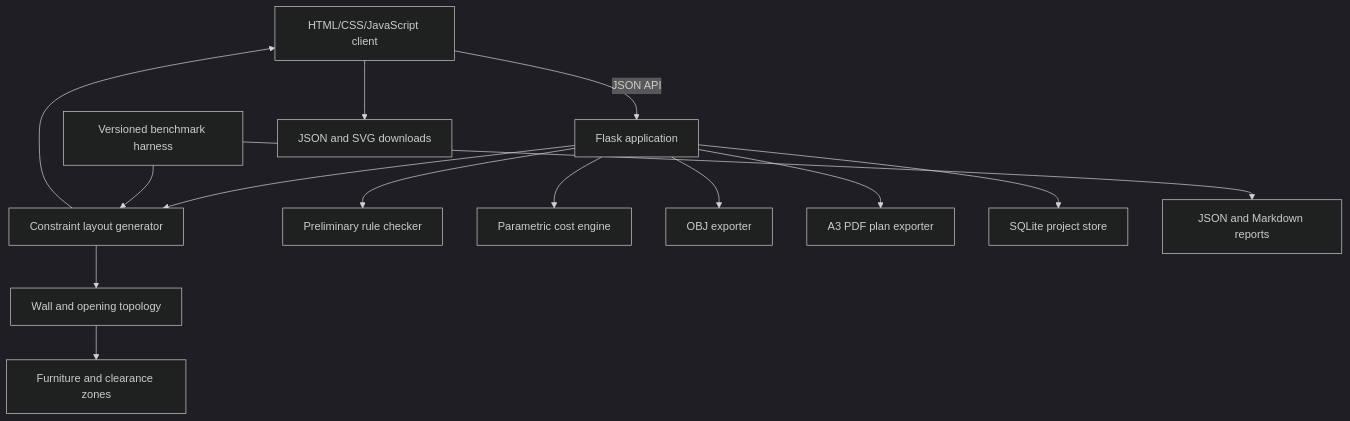
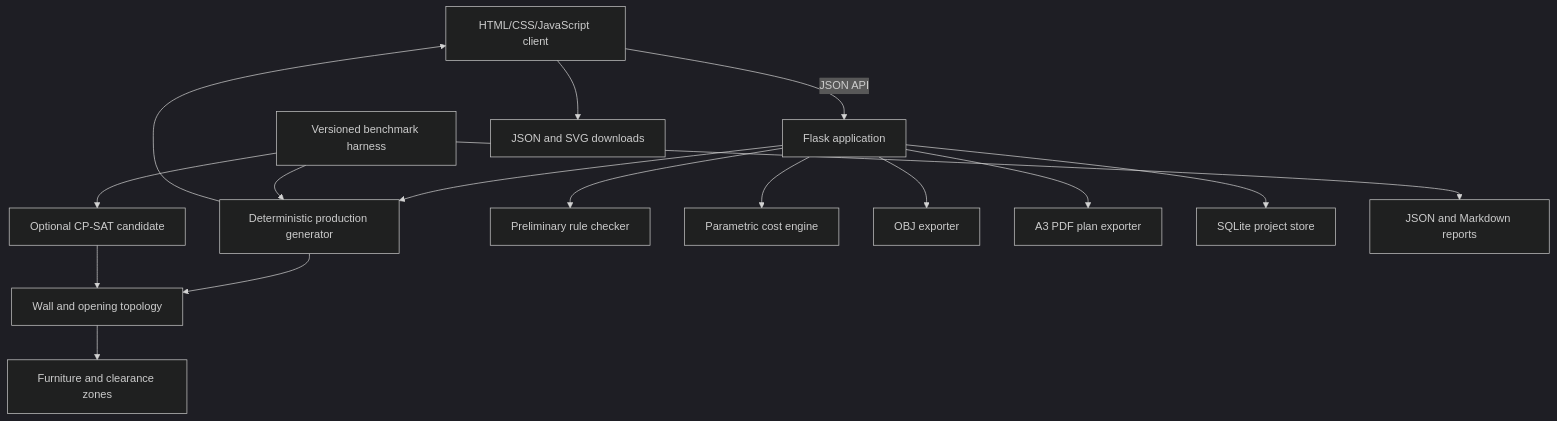
Before and after one commit to Shaurya-S0603/ArchAI: the diagram in docs/ARCHITECTURE.md, drawn with Mermaid (dark theme). The commit also changed other lines of this file and 28 other files, not shown here.

Commit message:
feat: add Phase 2B CP-SAT generator candidate

````diff
--- a/docs/ARCHITECTURE.md
+++ b/docs/ARCHITECTURE.md
@@ -25,16 +25,18 @@
 ```mermaid
 flowchart TD
     Browser["HTML/CSS/JavaScript client"] -->|JSON API| Flask["Flask application"]
-    Flask --> Generator["Constraint layout generator"]
+    Flask --> Generator["Deterministic production generator"]
+    Benchmark --> Solver["Optional CP-SAT candidate"]
     Generator --> Topology["Wall and opening topology"]
     Topology --> Zoning["Furniture and clearance zones"]
     Flask --> Checks["Preliminary rule checker"]
     Flask --> Cost["Parametric cost engine"]
     Flask --> Export["OBJ exporter"]
     Flask --> PlanSheet["A3 PDF plan exporter"]
     Flask --> Store["SQLite project store"]
     Generator --> Browser
     Benchmark["Versioned benchmark harness"] --> Generator
+    Solver --> Topology
     Benchmark --> Reports["JSON and Markdown reports"]
     Browser --> Local["JSON and SVG downloads"]
 ```
````
